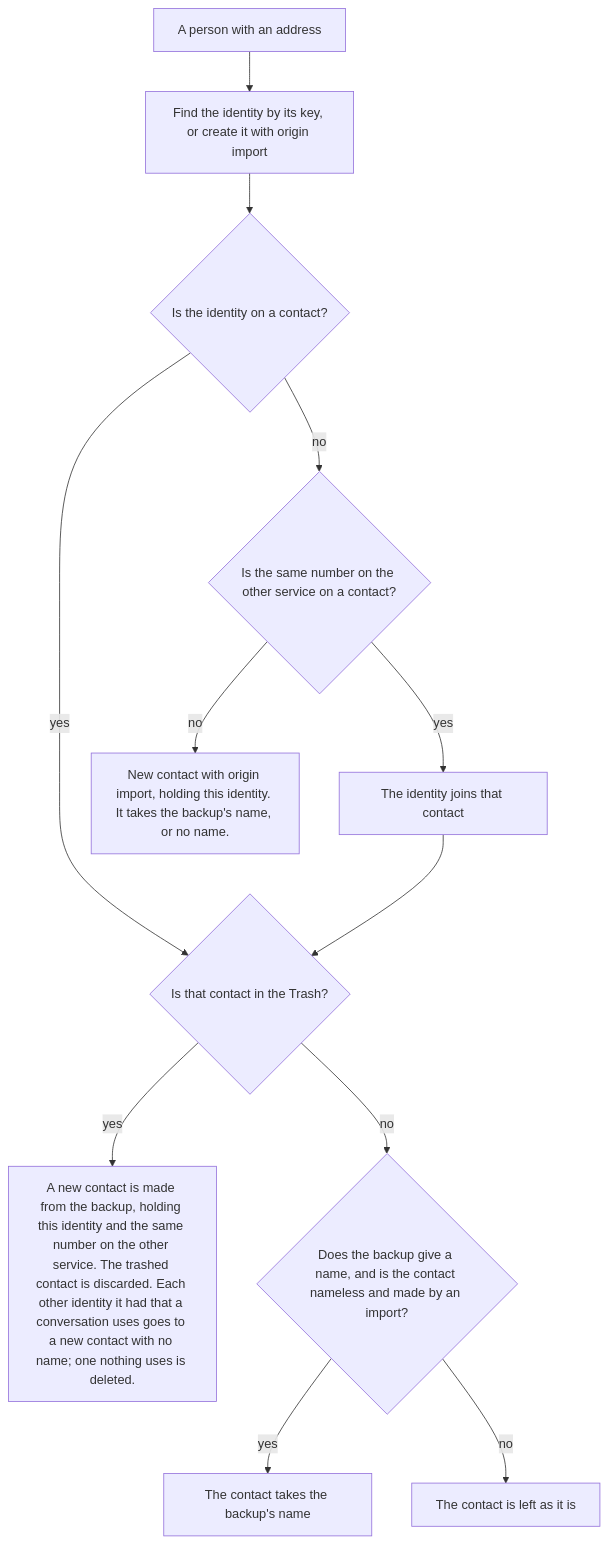
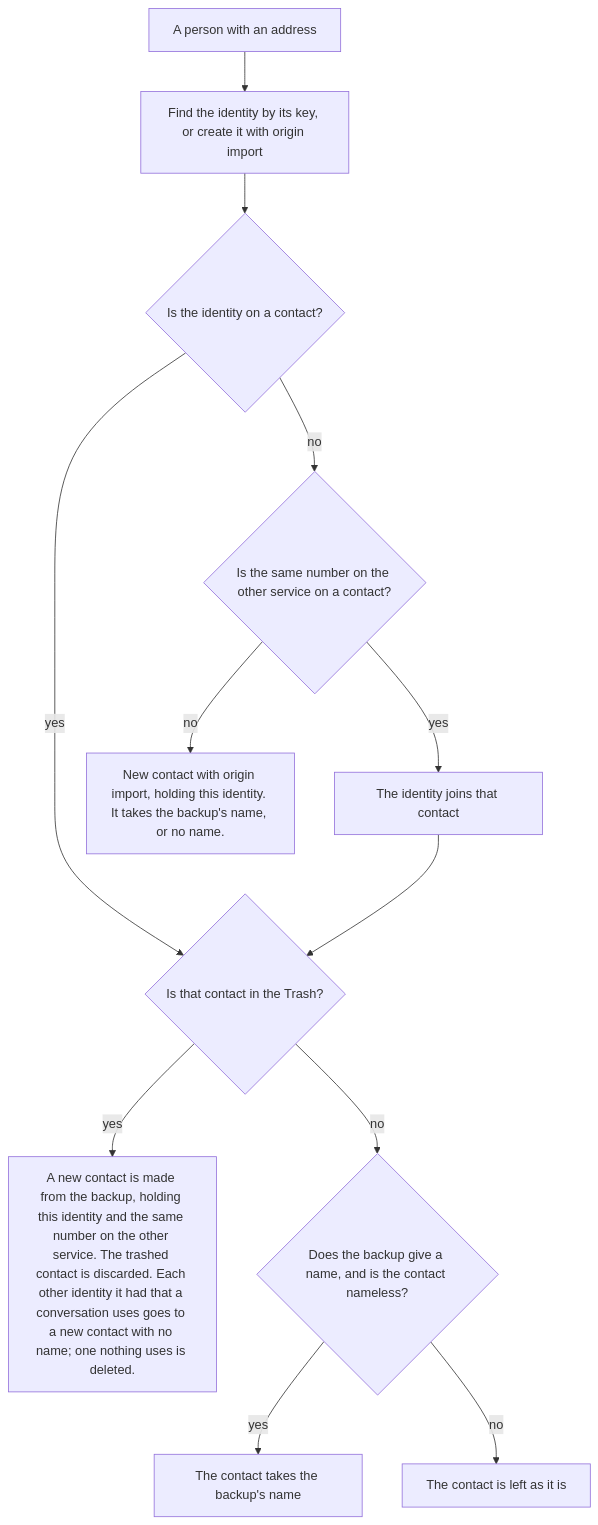
One commit to messagecrate/message-crate changed the first of 8 diagrams in docs/architecture/how-contacts-are-made-and-changed.md. Above: the diagram before and after it, drawn with Mermaid. The commit also changed other lines of this file and 11 other files, not shown here.

First line of the commit message:
fix(server): an import names a nameless contact whatever made it

````diff
--- a/docs/architecture/how-contacts-are-made-and-changed.md
+++ b/docs/architecture/how-contacts-are-made-and-changed.md
@@ -40,14 +40,14 @@
 ```mermaid
 flowchart TD
   A["A person with an address"] --> B["Find the identity by its key, or create it with origin import"]
   B --> C{"Is the identity on a contact?"}
   C -- yes --> E{"Is that contact in the Trash?"}
   C -- no --> D{"Is the same number on the other service on a contact?"}
   D -- yes --> D1["The identity joins that contact"]
   D1 --> E
   D -- no --> N["New contact with origin import, holding this identity. It takes the backup's name, or no name."]
   E -- yes --> T["A new contact is made from the backup, holding this identity and the same number on the other service. The trashed contact is discarded. Each other identity it had that a conversation uses goes to a new contact with no name; one nothing uses is deleted."]
-  E -- no --> F{"Does the backup give a name, and is the contact nameless and made by an import?"}
+  E -- no --> F{"Does the backup give a name, and is the contact nameless?"}
   F -- yes --> F1["The contact takes the backup's name"]
   F -- no --> F2["The contact is left as it is"]
 ```
````
